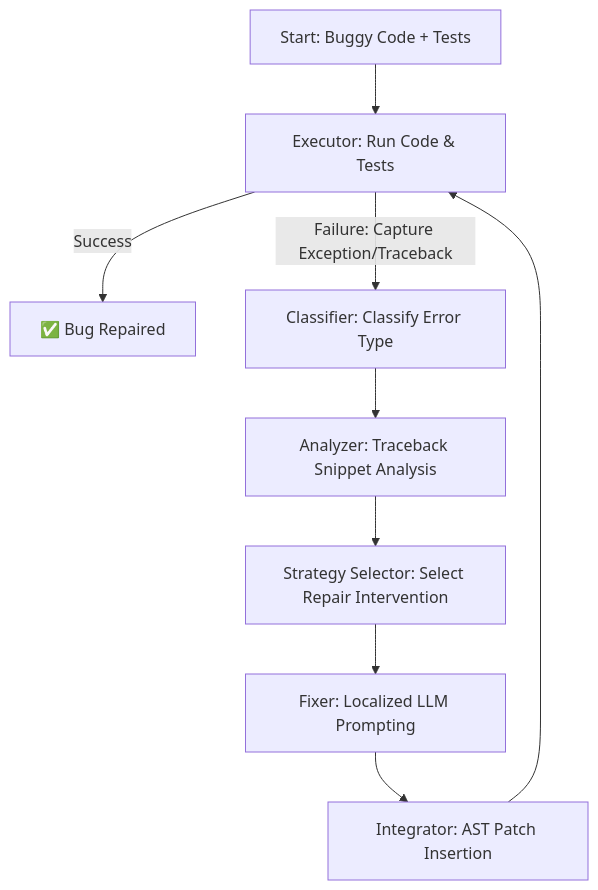
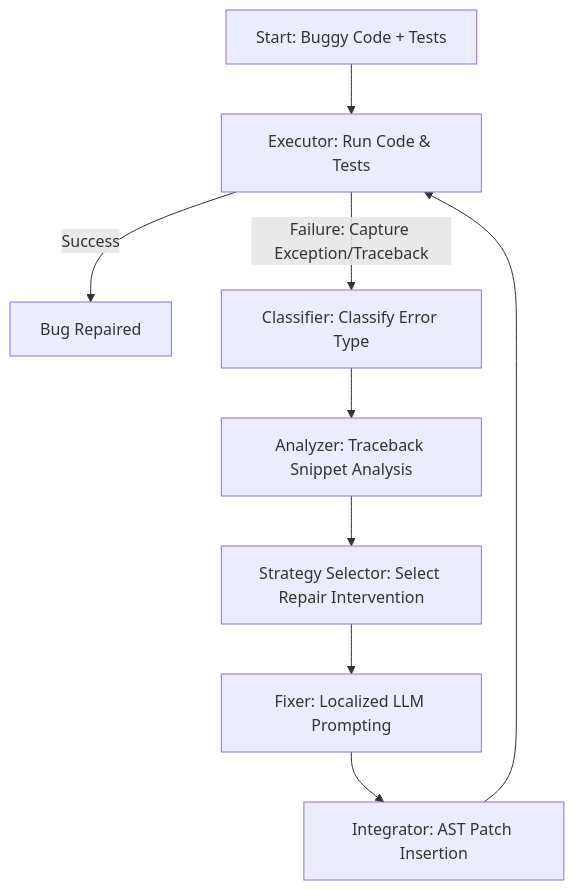
The diagram in README.md (MrunmayeeL/SAFE-structured_agentic_feedback_engine), drawn with Mermaid before and after one commit. The commit also changed other lines of this file, not shown here.

````diff
--- a/README.md
+++ b/README.md
@@ -14,11 +14,11 @@
 ```mermaid
 graph TD
     A[Start: Buggy Code + Tests] --> B[Executor: Run Code & Tests]
-    B -->|Success| C[✅ Bug Repaired]
+    B -->|Success| C[Bug Repaired]
     B -->|Failure: Capture Exception/Traceback| D[Classifier: Classify Error Type]
     D --> E[Analyzer: Traceback Snippet Analysis]
     E --> F[Strategy Selector: Select Repair Intervention]
     F --> G[Fixer: Localized LLM Prompting]
     G --> H[Integrator: AST Patch Insertion]
     H --> B
 ```
````
